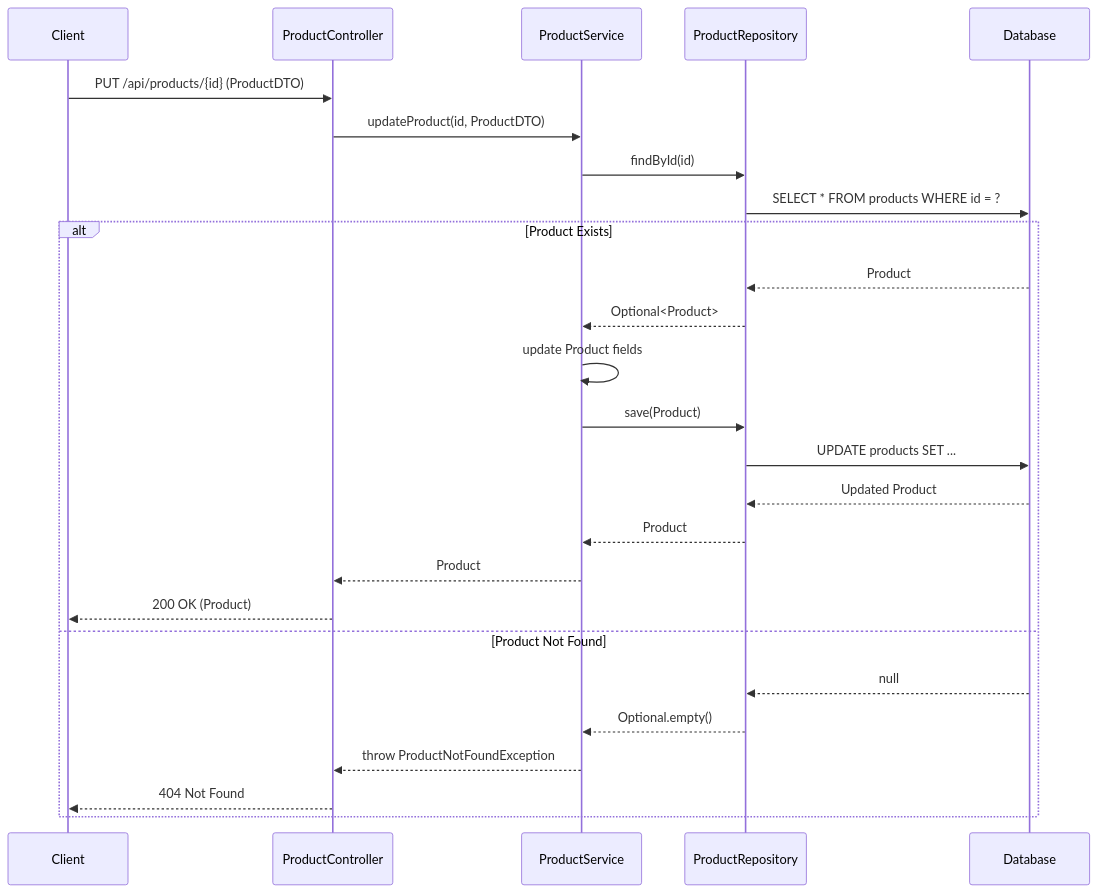
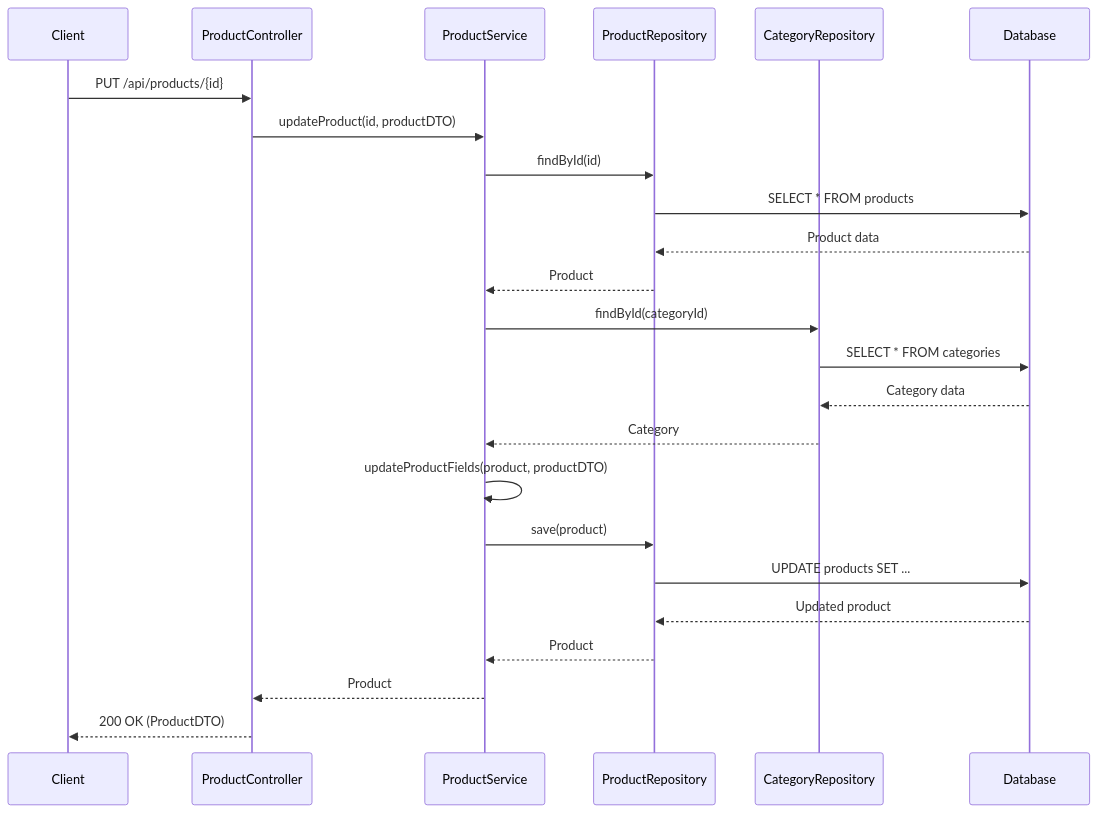
One commit to NavneetBN47/aava-ecom-demo changed the fifth of 13 diagrams in docs/LLD/modified_lld.md. Above: the diagram before and after it, drawn with Mermaid. The commit also changed other lines of this file, not shown here.

````diff
--- a/docs/LLD/modified_lld.md
+++ b/docs/LLD/modified_lld.md
@@ -283,30 +347,30 @@
 ```mermaid
 sequenceDiagram
     participant Client
     participant ProductController
     participant ProductService
     participant ProductRepository
+    participant CategoryRepository
     participant Database
 
-    Client->>ProductController: PUT /api/products/{id} (ProductDTO)
-    ProductController->>ProductService: updateProduct(id, ProductDTO)
+    Client->>ProductController: PUT /api/products/{id}
+    ProductController->>ProductService: updateProduct(id, productDTO)
     ProductService->>ProductRepository: findById(id)
-    ProductRepository->>Database: SELECT * FROM products WHERE id = ?
+    ProductRepository->>Database: SELECT * FROM products
+    Database-->>ProductRepository: Product data
+    ProductRepository-->>ProductService: Product
     
-    alt Product Exists
-        Database-->>ProductRepository: Product
-        ProductRepository-->>ProductService: Optional<Product>
-        ProductService->>ProductService: update Product fields
-        ProductService->>ProductRepository: save(Product)
-        ProductRepository->>Database: UPDATE products SET ...
-        Database-->>ProductRepository: Updated Product
-        ProductRepository-->>ProductService: Product
-        ProductService-->>ProductController: Product
-        ProductController-->>Client: 200 OK (Product)
-    else Product Not Found
-        Database-->>ProductRepository: null
-        ProductRepository-->>ProductService: Optional.empty()
-        ProductService-->>ProductController: throw ProductNotFoundException
-        ProductController-->>Client: 404 Not Found
-    end
+    ProductService->>CategoryRepository: findById(categoryId)
+    CategoryRepository->>Database: SELECT * FROM categories
+    Database-->>CategoryRepository: Category data
+    CategoryRepository-->>ProductService: Category
+    
+    ProductService->>ProductService: updateProductFields(product, productDTO)
+    ProductService->>ProductRepository: save(product)
+    ProductRepository->>Database: UPDATE products SET ...
+    Database-->>ProductRepository: Updated product
+    ProductRepository-->>ProductService: Product
+    
+    ProductService-->>ProductController: Product
+    ProductController-->>Client: 200 OK (ProductDTO)
 ```
````
